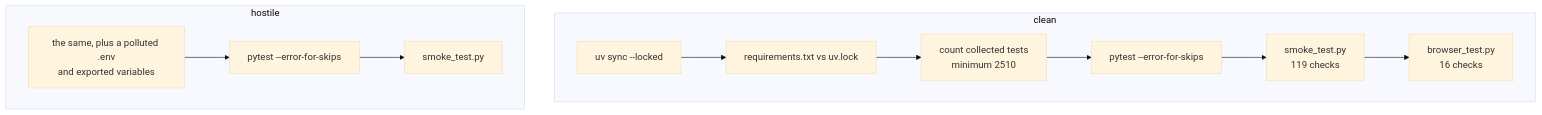
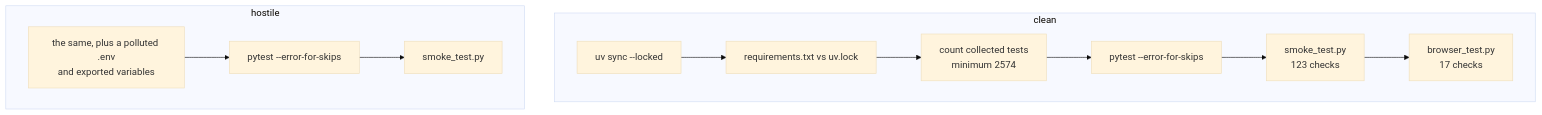
The diagram in docs/testing.md (IAMN1/link-shortener), drawn with Mermaid (base theme) before and after one commit. The commit also changed other lines of this file and 34 other files, not shown here.

````diff
--- a/docs/testing.md
+++ b/docs/testing.md
@@ -248,12 +248,12 @@
 ```mermaid
 flowchart TD
     subgraph clean["clean"]
         C1[uv sync --locked] --> C2[requirements.txt vs uv.lock]
-        C2 --> C3[count collected tests<br/>minimum 2510] --> C4[pytest --error-for-skips]
-        C4 --> C5[smoke_test.py<br/>119 checks] --> C6[browser_test.py<br/>16 checks]
+        C2 --> C3[count collected tests<br/>minimum 2574] --> C4[pytest --error-for-skips]
+        C4 --> C5[smoke_test.py<br/>123 checks] --> C6[browser_test.py<br/>17 checks]
     end
     subgraph hostile["hostile"]
         H1[the same, plus a polluted .env<br/>and exported variables] --> H2[pytest --error-for-skips]
         H2 --> H3[smoke_test.py]
     end
 ```
````
